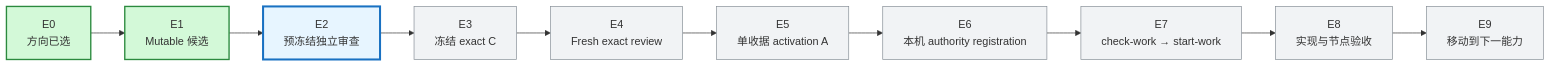
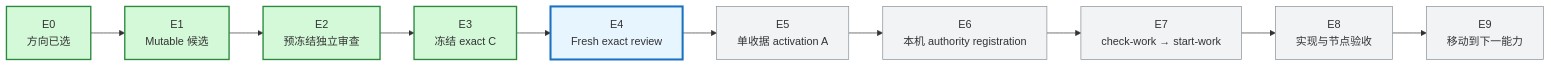
One commit to j-a-v-e-n/knowledge-vault changed the second of 2 diagrams in MyBrain/automation/reports/investment-discipline-system/CURRENT_PROGRESS.md. Above: the diagram before and after it, drawn with Mermaid. The commit also changed other lines of this file, not shown here.

````diff
--- a/MyBrain/automation/reports/investment-discipline-system/CURRENT_PROGRESS.md
+++ b/MyBrain/automation/reports/investment-discipline-system/CURRENT_PROGRESS.md
@@ -54,19 +54,19 @@
 ```mermaid
 flowchart LR
     E0["E0<br/>方向已选"] --> E1["E1<br/>Mutable 候选"]
     E1 --> E2["E2<br/>预冻结独立审查"]
     E2 --> E3["E3<br/>冻结 exact C"]
     E3 --> E4["E4<br/>Fresh exact review"]
     E4 --> E5["E5<br/>单收据 activation A"]
     E5 --> E6["E6<br/>本机 authority registration"]
     E6 --> E7["E7<br/>check-work → start-work"]
     E7 --> E8["E8<br/>实现与节点验收"]
     E8 --> E9["E9<br/>移动到下一能力"]
 
     classDef done fill:#d3f9d8,stroke:#2b8a3e,stroke-width:2px;
     classDef current fill:#e7f5ff,stroke:#1971c2,stroke-width:3px;
     classDef pending fill:#f1f3f5,stroke:#868e96;
-    class E0,E1 done;
-    class E2 current;
-    class E3,E4,E5,E6,E7,E8,E9 pending;
+    class E0,E1,E2,E3 done;
+    class E4 current;
+    class E5,E6,E7,E8,E9 pending;
 ```
````
